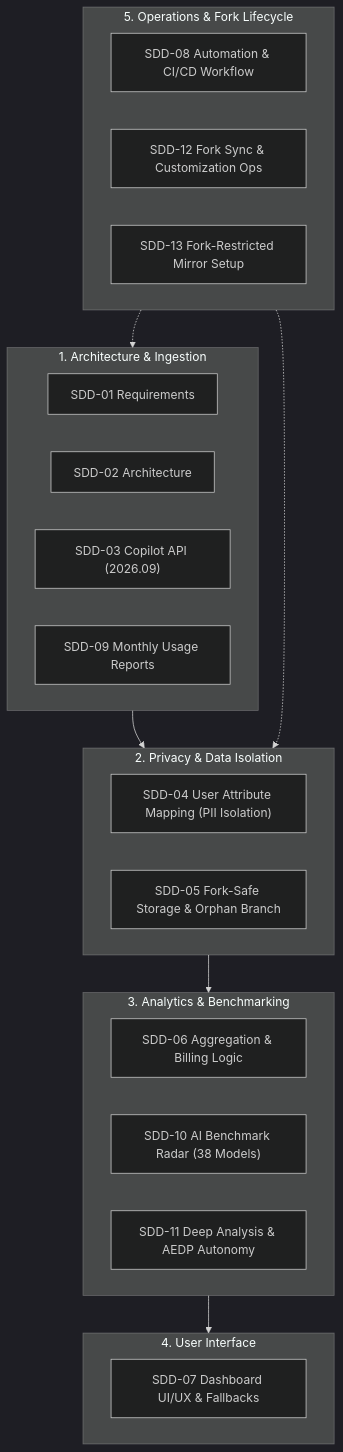
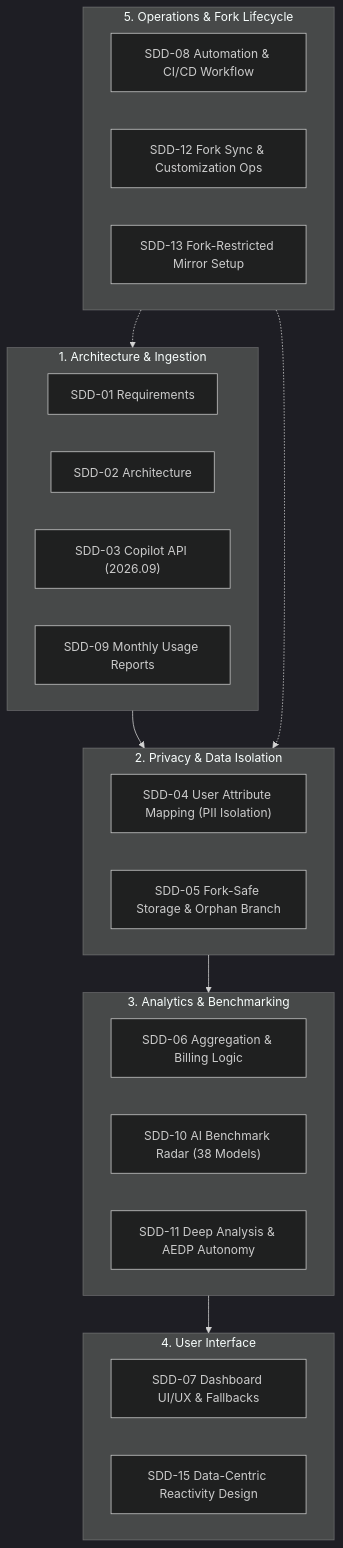
The diagram in docs/specifications/README.md (sun-flat-yamada/github-copilot-dashboard), drawn with Mermaid (dark theme) before and after one commit. The commit also changed other lines of this file and 11 other files, not shown here.

First line of the commit message:
docs(spec): codify data-centric reactivity as SDD-15 requirement/design principle

````diff
--- a/docs/specifications/README.md
+++ b/docs/specifications/README.md
@@ -13,34 +13,35 @@
 ```mermaid
 flowchart TD
     subgraph D1["1. Architecture & Ingestion"]
         S01["SDD-01 Requirements"]
         S02["SDD-02 Architecture"]
         S03["SDD-03 Copilot API (2026.09)"]
         S09["SDD-09 Monthly Usage Reports"]
     end
 
     subgraph D2["2. Privacy & Data Isolation"]
         S04["SDD-04 User Attribute Mapping (PII Isolation)"]
         S05["SDD-05 Fork-Safe Storage & Orphan Branch"]
     end
 
     subgraph D3["3. Analytics & Benchmarking"]
         S06["SDD-06 Aggregation & Billing Logic"]
         S10["SDD-10 AI Benchmark Radar (38 Models)"]
         S11["SDD-11 Deep Analysis & AEDP Autonomy"]
     end
 
     subgraph D4["4. User Interface"]
         S07["SDD-07 Dashboard UI/UX & Fallbacks"]
+        S15["SDD-15 Data-Centric Reactivity Design"]
     end
 
     subgraph D5["5. Operations & Fork Lifecycle"]
         S08["SDD-08 Automation & CI/CD Workflow"]
         S12["SDD-12 Fork Sync & Customization Ops"]
         S13["SDD-13 Fork-Restricted Mirror Setup"]
     end
 
     D1 --> D2 --> D3 --> D4
     D5 -.-> D1
     D5 -.-> D2
 ```
````
